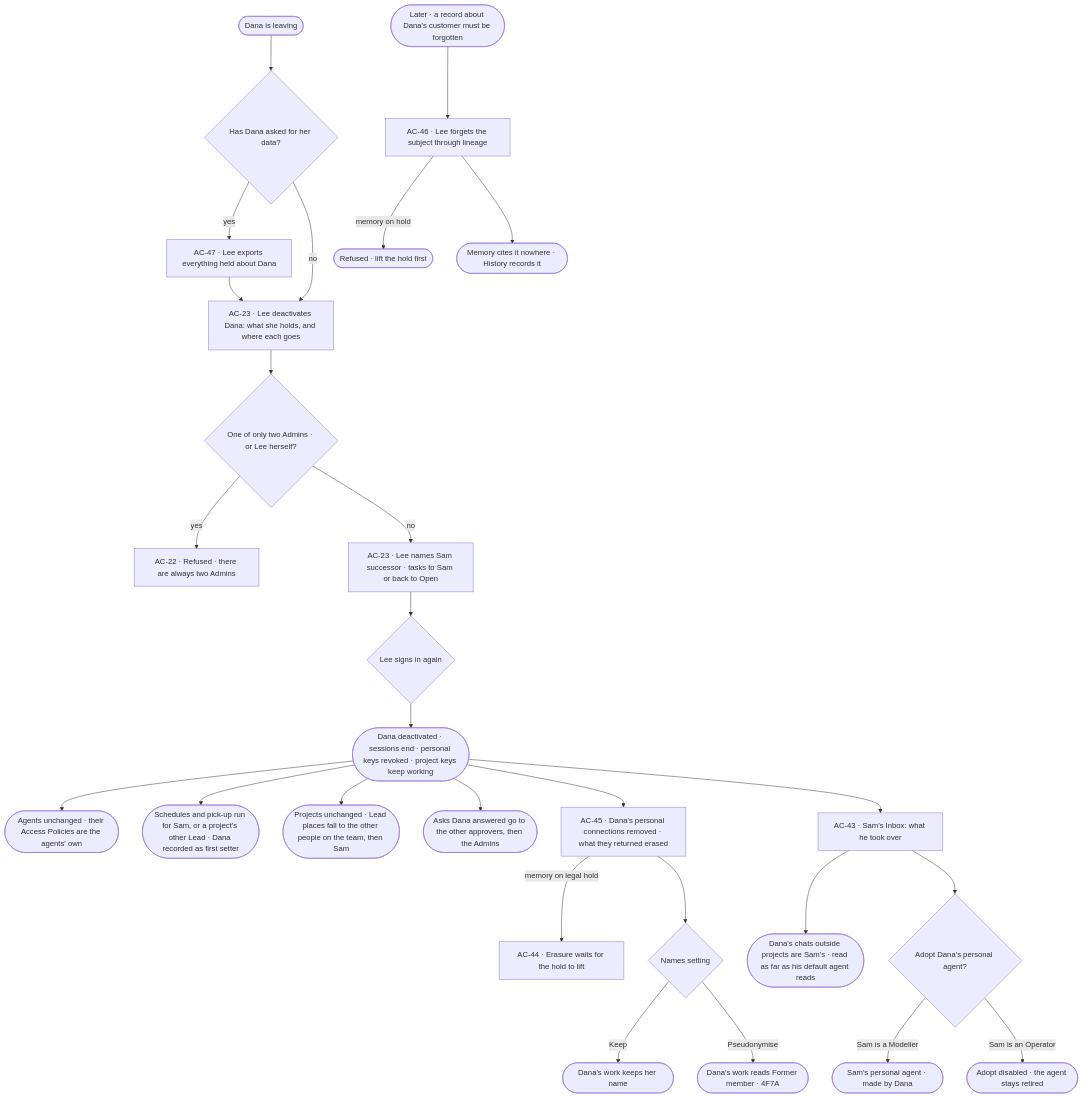
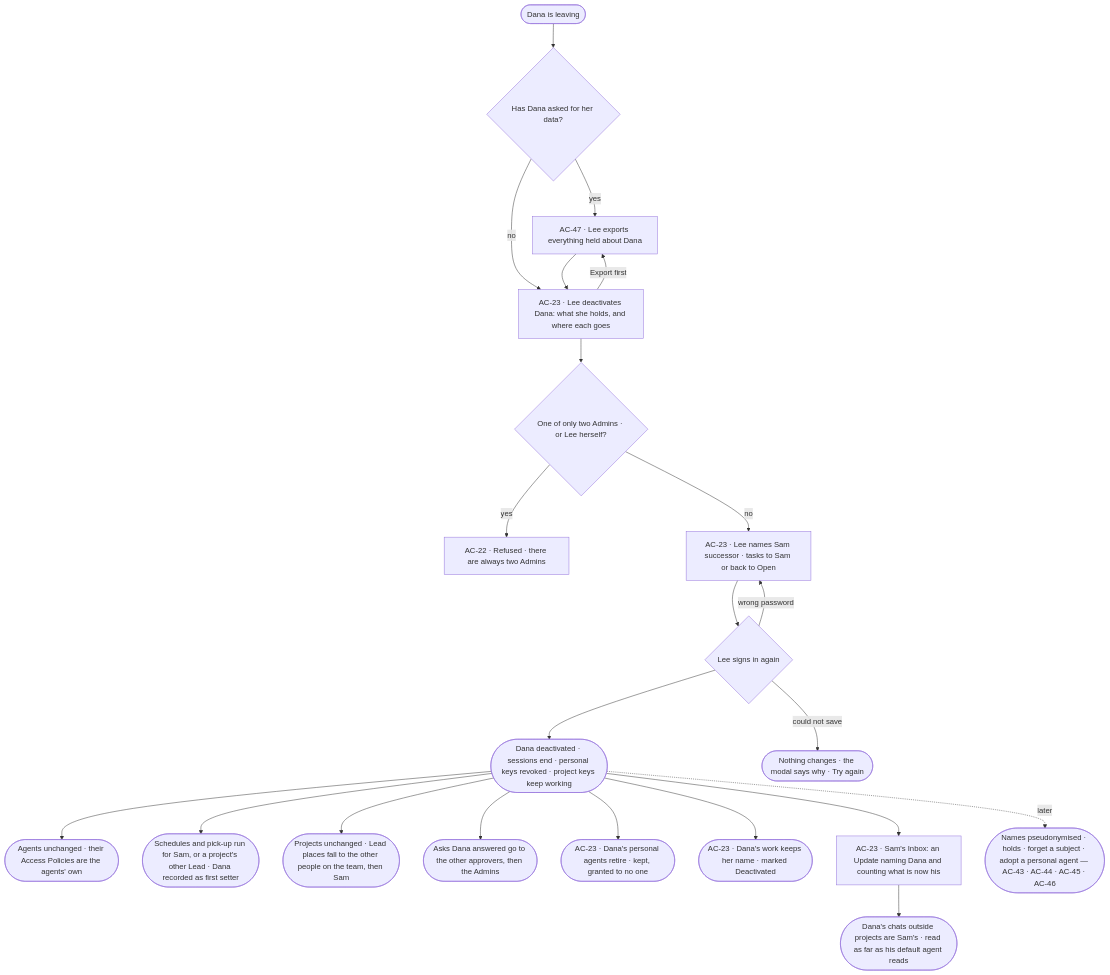
The diagram in specs/journeys/J12-a-person-leaves-and-the-team-keeps-working.md (invana/invana), drawn with Mermaid before and after one commit. The commit also changed other lines of this file and 9 other files, not shown here.

````diff
--- a/specs/journeys/J12-a-person-leaves-and-the-team-keeps-working.md
+++ b/specs/journeys/J12-a-person-leaves-and-the-team-keeps-working.md
@@ -16,29 +18,24 @@
 ```mermaid
 flowchart TD
   P([Dana is leaving]) --> X{"Has Dana asked for her data?"}
   X -->|yes| EX["AC-47 · Lee exports everything held about Dana"]
   X -->|no| D
   EX --> D["AC-23 · Lee deactivates Dana: what she holds, and where each goes"]
+  D -->|Export first| EX
   D --> A{"One of only two Admins · or Lee herself?"}
   A -->|yes| AR["AC-22 · Refused · there are always two Admins"]
   A -->|no| S["AC-23 · Lee names Sam successor · tasks to Sam or back to Open"]
   S --> PW{"Lee signs in again"}
+  PW -->|wrong password| S
   PW --> OFF(["Dana deactivated · sessions end · personal keys revoked · project keys keep working"])
+  PW -->|could not save| FL(["Nothing changes · the modal says why · Try again"])
   OFF --> W1(["Agents unchanged · their Access Policies are the agents' own"])
   OFF --> W2(["Schedules and pick-up run for Sam, or a project's other Lead · Dana recorded as first setter"])
   OFF --> W3(["Projects unchanged · Lead places fall to the other people on the team, then Sam"])
   OFF --> W4(["Asks Dana answered go to the other approvers, then the Admins"])
-  OFF --> PD["AC-45 · Dana's personal connections removed · what they returned erased"]
-  PD -->|memory on legal hold| WH["AC-44 · Erasure waits for the hold to lift"]
-  PD --> NM{"Names setting"}
-  NM -->|Keep| K(["Dana's work keeps her name"])
-  NM -->|Pseudonymise| PS(["Dana's work reads Former member · 4F7A"])
-  OFF --> SAM["AC-43 · Sam's Inbox: what he took over"]
+  OFF --> RT(["AC-23 · Dana's personal agents retire · kept, granted to no one"])
+  OFF --> NM(["AC-23 · Dana's work keeps her name · marked Deactivated"])
+  OFF --> SAM["AC-23 · Sam's Inbox: an Update naming Dana and counting what is now his"]
   SAM --> CH(["Dana's chats outside projects are Sam's · read as far as his default agent reads"])
-  SAM --> AG{"Adopt Dana's personal agent?"}
-  AG -->|Sam is a Modeller| AD(["Sam's personal agent · made by Dana"])
-  AG -->|Sam is an Operator| AS(["Adopt disabled · the agent stays retired"])
-  FG([Later · a record about Dana's customer must be forgotten]) --> F["AC-46 · Lee forgets the subject through lineage"]
-  F -->|memory on hold| FR(["Refused · lift the hold first"])
-  F --> FD(["Memory cites it nowhere · History records it"])
+  OFF -.->|later| LT(["Names pseudonymised · holds · forget a subject · adopt a personal agent — AC-43 · AC-44 · AC-45 · AC-46"])
 ```
````
